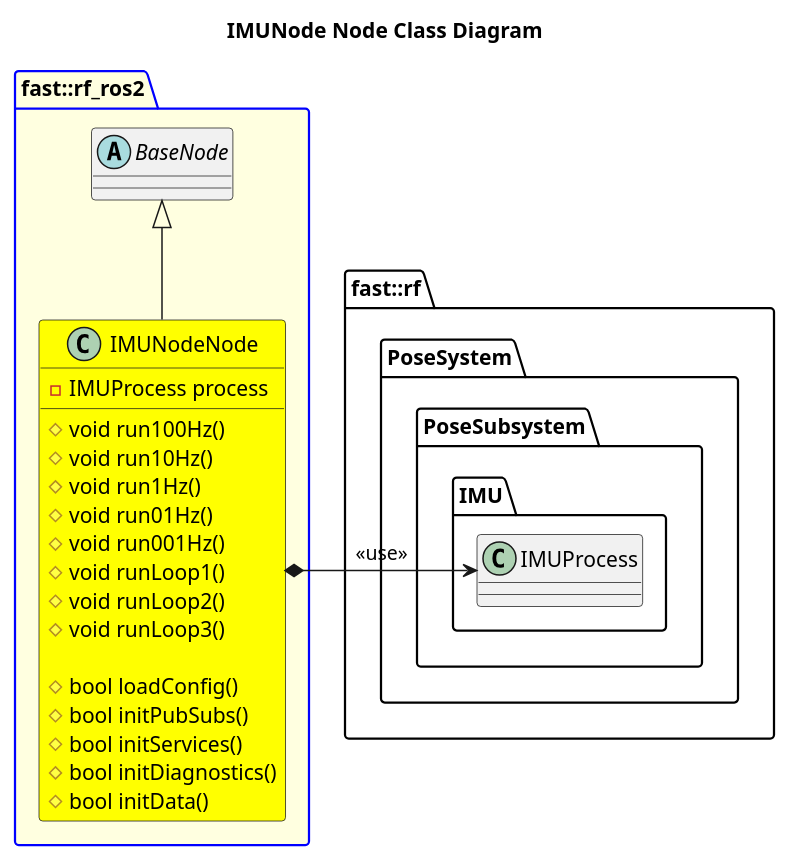
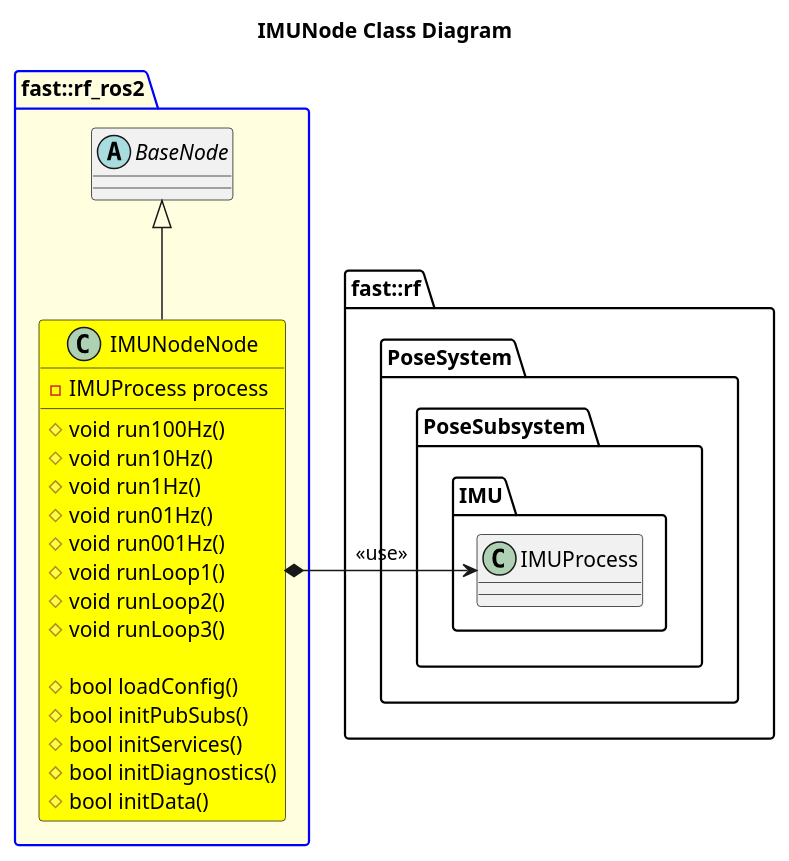
Before and after one commit to fastrobotics/robot_framework_ros2: the diagram in Systems/Pose/Subsystems/InertialSensor/Nodes/IMUNode/doc/puml/IMUNodeClassDiagram.puml, drawn with PlantUML. The commit also changed 17 other files, not shown here.

```diff
--- a/Systems/Pose/Subsystems/InertialSensor/Nodes/IMUNode/doc/puml/IMUNodeClassDiagram.puml
+++ b/Systems/Pose/Subsystems/InertialSensor/Nodes/IMUNode/doc/puml/IMUNodeClassDiagram.puml
@@ -2,38 +2,38 @@
 @startuml
-title IMUNode Node Class Diagram
+title IMUNode Class Diagram
 namespace fast::rf {
     namespace PoseSystem {
         namespace PoseSubsystem {
             namespace IMU {
                 class IMUProcess
             }
         }
     }
 }
 package fast::rf_ros2 #LightYellow;line:blue { 
     abstract BaseNode {
 
     }
     class IMUNodeNode #Yellow {
         #void run100Hz()
         #void run10Hz()
         #void run1Hz()
         #void run01Hz()
         #void run001Hz()
         #void runLoop1()
         #void runLoop2()
         #void runLoop3()
 
         #bool loadConfig()
         #bool initPubSubs()
         #bool initServices()
         #bool initDiagnostics()
         #bool initData()
         -IMUProcess process
     }
     IMUNodeNode -up-|> BaseNode
     IMUNodeNode *-right-> IMUProcess: <<use>>
 
 }
 
 @enduml
```
